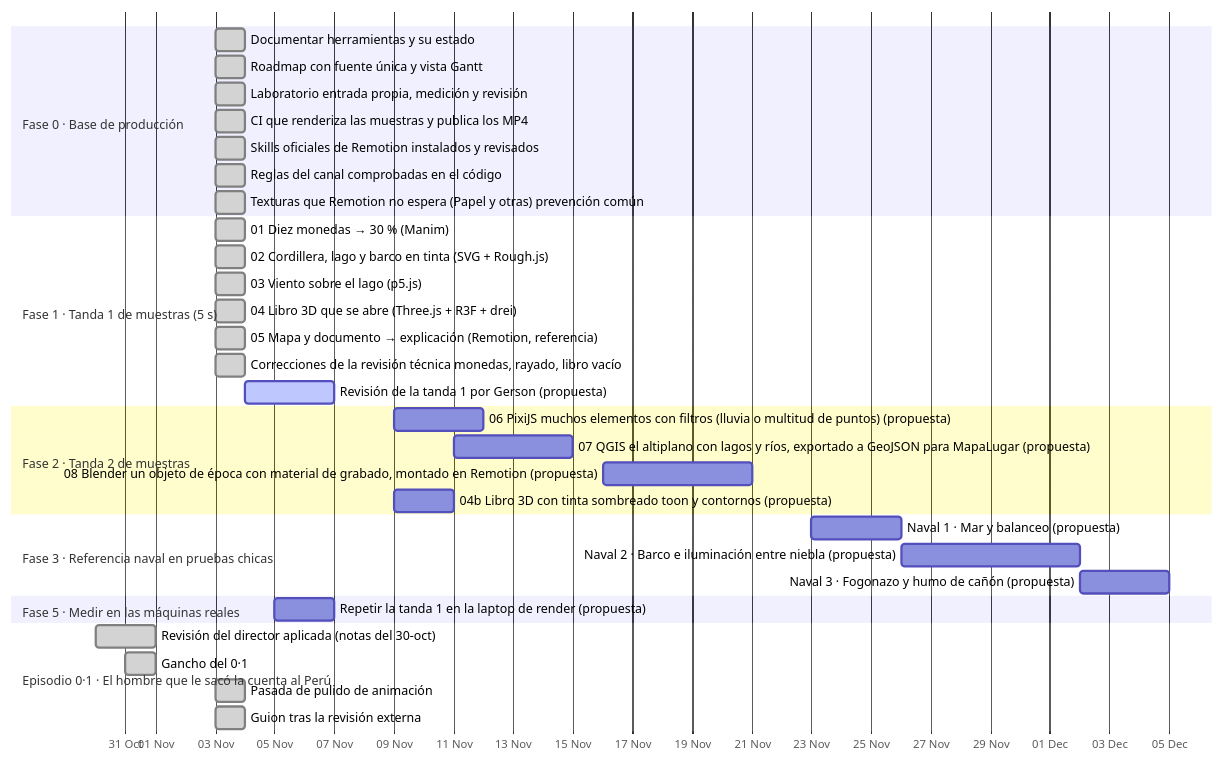
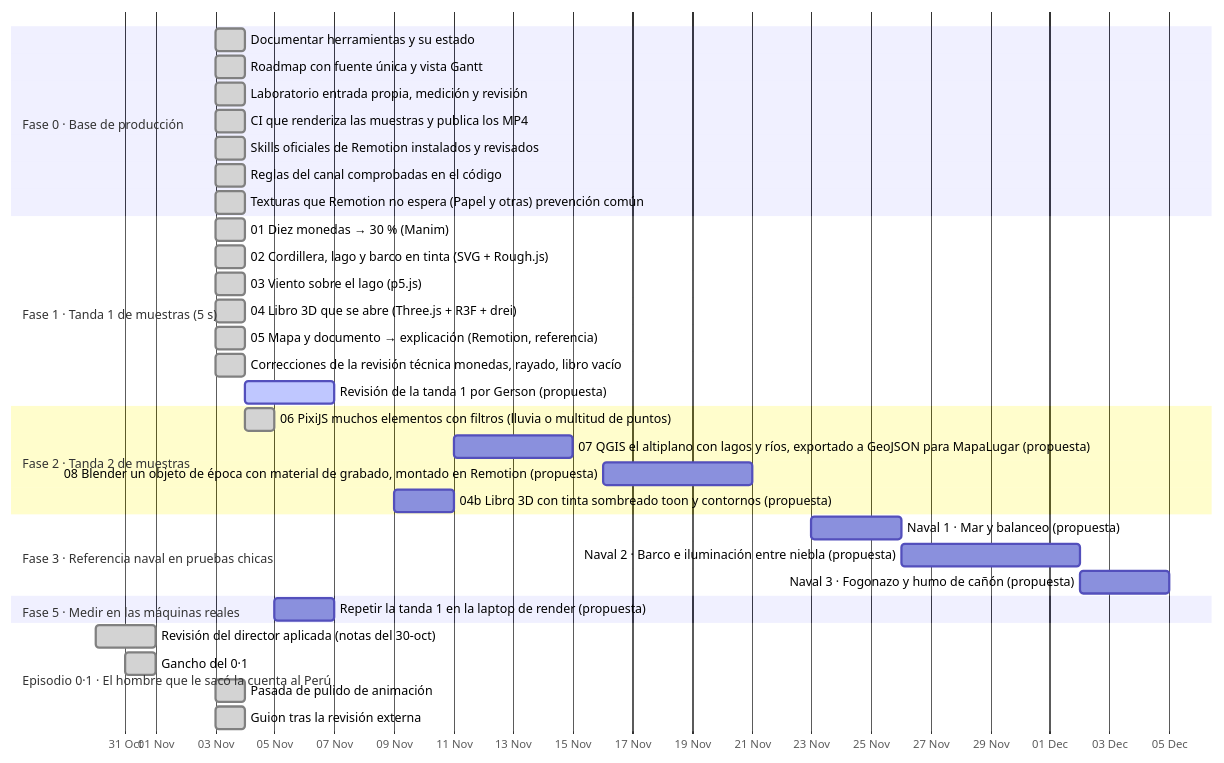
One commit to Eltiokarma/Remotion_HistoriaPer- changed the diagram in ROADMAP.md. Above: the diagram before and after it, drawn with Mermaid. The commit also changed other lines of this file and 21 other files, not shown here.

First line of the commit message:
Muestra 06: tormenta sobre el lago con PixiJS

````diff
--- a/ROADMAP.md
+++ b/ROADMAP.md
@@ -30,38 +30,38 @@
 ```mermaid
 gantt
   dateFormat YYYY-MM-DD
   axisFormat %d %b
   todayMarker off
   section Fase 0 · Base de producción
   Documentar herramientas y su estado :done, f0herramientas, 2026-11-03, 1d
   Roadmap con fuente única y vista Gantt :done, f0roadmap, 2026-11-03, 1d
   Laboratorio entrada propia, medición y revisión :done, f0laboratorio, 2026-11-03, 1d
   CI que renderiza las muestras y publica los MP4 :done, t1ci, 2026-11-03, 1d
   Skills oficiales de Remotion instalados y revisados :done, f0skillremotion, 2026-11-03, 1d
   Reglas del canal comprobadas en el código :done, f0reglascodigo, 2026-11-03, 1d
   Texturas que Remotion no espera (Papel y otras) prevención común :done, infrapapel, 2026-11-03, 1d
   section Fase 1 · Tanda 1 de muestras (5 s)
   01 Diez monedas → 30 % (Manim) :done, t1manim, 2026-11-03, 1d
   02 Cordillera, lago y barco en tinta (SVG + Rough.js) :done, t1tinta, 2026-11-03, 1d
   03 Viento sobre el lago (p5.js) :done, t1viento, 2026-11-03, 1d
   04 Libro 3D que se abre (Three.js + R3F + drei) :done, t1libro3d, 2026-11-03, 1d
   05 Mapa y documento → explicación (Remotion, referencia) :done, t1mapa, 2026-11-03, 1d
   Correcciones de la revisión técnica monedas, rayado, libro vacío :done, t1correcciones, 2026-11-03, 1d
   Revisión de la tanda 1 por Gerson (propuesta) :active, t1revision, 2026-11-04, 3d
   section Fase 2 · Tanda 2 de muestras
-  06 PixiJS muchos elementos con filtros (lluvia o multitud de puntos) (propuesta) :t2pixi, 2026-11-09, 3d
+  06 PixiJS muchos elementos con filtros (lluvia o multitud de puntos) :done, t2pixi, 2026-11-04, 1d
   07 QGIS el altiplano con lagos y ríos, exportado a GeoJSON para MapaLugar (propuesta) :t2qgis, 2026-11-11, 4d
   08 Blender un objeto de época con material de grabado, montado en Remotion (propuesta) :t2blender, 2026-11-16, 5d
   04b Libro 3D con tinta sombreado toon y contornos (propuesta) :t2toon, 2026-11-09, 2d
   section Fase 3 · Referencia naval en pruebas chicas
   Naval 1 · Mar y balanceo (propuesta) :n1mar, 2026-11-23, 3d
   Naval 2 · Barco e iluminación entre niebla (propuesta) :n2barco, 2026-11-26, 6d
   Naval 3 · Fogonazo y humo de cañón (propuesta) :n3fogonazo, 2026-12-02, 3d
   section Fase 5 · Medir en las máquinas reales
   Repetir la tanda 1 en la laptop de render (propuesta) :f5laptop, 2026-11-05, 2d
   section Episodio 0·1 · El hombre que le sacó la cuenta al Perú
   Revisión del director aplicada (notas del 30-oct) :done, e1revision, 2026-10-30, 2d
   Gancho del 0·1 :done, e1gancho, 2026-10-31, 1d
   Pasada de pulido de animación :done, e1pulido, 2026-11-03, 1d
   Guion tras la revisión externa :done, e1guionexterno, 2026-11-03, 1d
 ```
````
